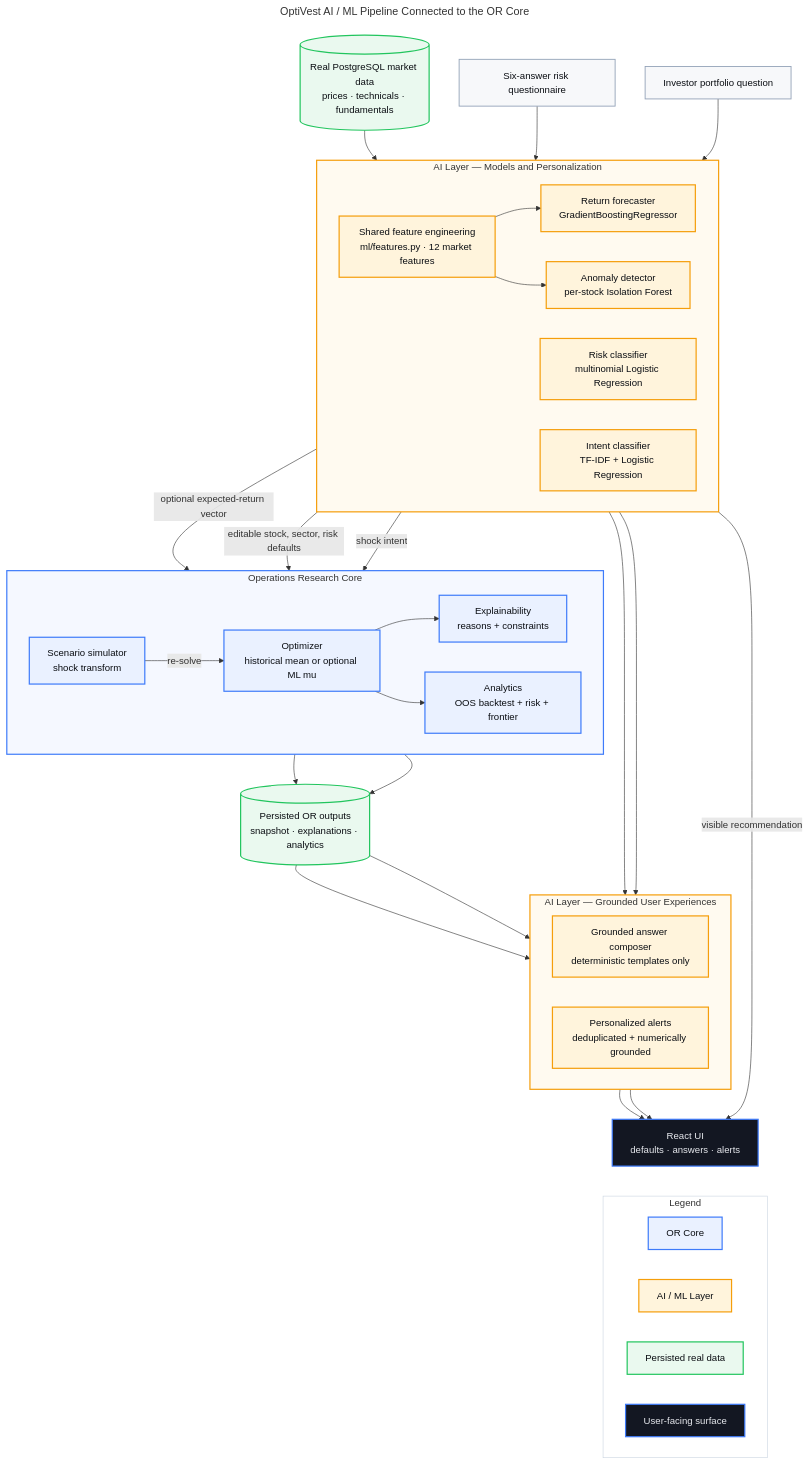
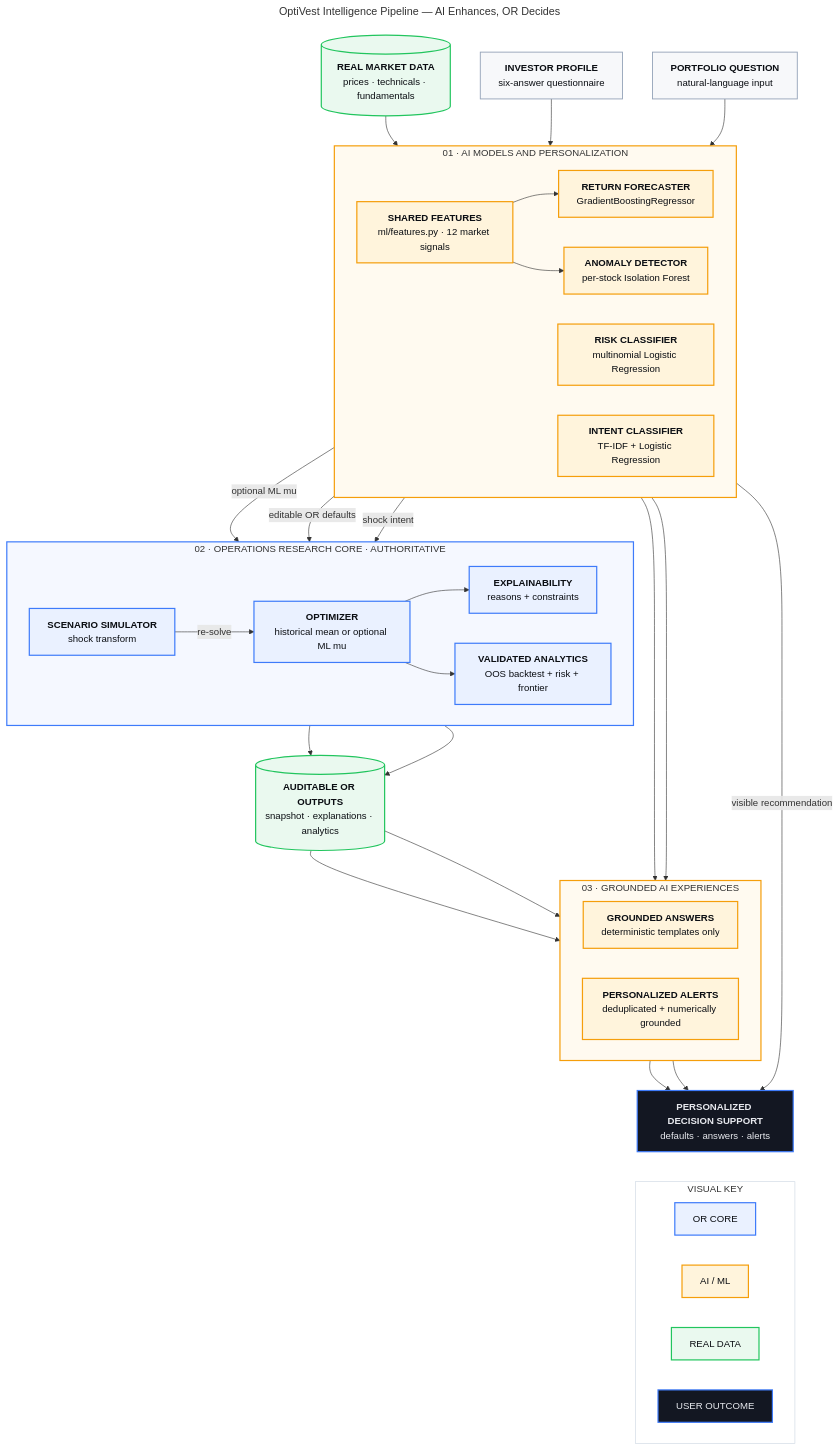
The diagram in docs/diagrams/src/ai-ml-pipeline.mmd (ParthrChandurkar/quantitative-portfolio-optimization-dss), drawn with Mermaid before and after one commit. The commit also changed 8 other files, not shown here.

Commit message:
docs: enhance architecture diagram visuals

```diff
--- a/docs/diagrams/src/ai-ml-pipeline.mmd
+++ b/docs/diagrams/src/ai-ml-pipeline.mmd
@@ -1,76 +1,76 @@
 ---
-title: OptiVest AI / ML Pipeline Connected to the OR Core
+title: OptiVest Intelligence Pipeline — AI Enhances, OR Decides
 ---
 flowchart TB
-    DB[("Real PostgreSQL market data<br/>prices · technicals · fundamentals")]:::data
-    ANSWERS["Six-answer risk questionnaire"]:::external
-    QUESTION["Investor portfolio question"]:::external
+    DB[("<b>REAL MARKET DATA</b><br/>prices · technicals · fundamentals")]:::data
+    ANSWERS["<b>INVESTOR PROFILE</b><br/>six-answer questionnaire"]:::external
+    QUESTION["<b>PORTFOLIO QUESTION</b><br/>natural-language input"]:::external
 
-    subgraph AIMODELS["AI Layer — Models and Personalization"]
+    subgraph AIMODELS["01 · AI MODELS AND PERSONALIZATION"]
         direction LR
-        FEATURES["Shared feature engineering<br/>ml/features.py · 12 market features"]:::ai
-        FORECAST["Return forecaster<br/>GradientBoostingRegressor"]:::ai
-        RISK["Risk classifier<br/>multinomial Logistic Regression"]:::ai
-        INTENT["Intent classifier<br/>TF-IDF + Logistic Regression"]:::ai
-        ANOMALY["Anomaly detector<br/>per-stock Isolation Forest"]:::ai
+        FEATURES["<b>SHARED FEATURES</b><br/>ml/features.py · 12 market signals"]:::ai
+        FORECAST["<b>RETURN FORECASTER</b><br/>GradientBoostingRegressor"]:::ai
+        RISK["<b>RISK CLASSIFIER</b><br/>multinomial Logistic Regression"]:::ai
+        INTENT["<b>INTENT CLASSIFIER</b><br/>TF-IDF + Logistic Regression"]:::ai
+        ANOMALY["<b>ANOMALY DETECTOR</b><br/>per-stock Isolation Forest"]:::ai
     end
 
-    subgraph ORCORE["Operations Research Core"]
+    subgraph ORCORE["02 · OPERATIONS RESEARCH CORE · AUTHORITATIVE"]
         direction LR
-        SCENARIOS["Scenario simulator<br/>shock transform"]:::orcore
-        OPT["Optimizer<br/>historical mean or optional ML mu"]:::orcore
-        EXPLAIN["Explainability<br/>reasons + constraints"]:::orcore
-        ANALYTICS["Analytics<br/>OOS backtest + risk + frontier"]:::orcore
+        SCENARIOS["<b>SCENARIO SIMULATOR</b><br/>shock transform"]:::orcore
+        OPT["<b>OPTIMIZER</b><br/>historical mean or optional ML mu"]:::orcore
+        EXPLAIN["<b>EXPLAINABILITY</b><br/>reasons + constraints"]:::orcore
+        ANALYTICS["<b>VALIDATED ANALYTICS</b><br/>OOS backtest + risk + frontier"]:::orcore
 
         SCENARIOS -->|re-solve| OPT
         OPT --> EXPLAIN
         OPT --> ANALYTICS
     end
 
-    SNAPSHOT[("Persisted OR outputs<br/>snapshot · explanations · analytics")]:::data
+    SNAPSHOT[("<b>AUDITABLE OR OUTPUTS</b><br/>snapshot · explanations · analytics")]:::data
 
-    subgraph AIEXPERIENCES["AI Layer — Grounded User Experiences"]
+    subgraph AIEXPERIENCES["03 · GROUNDED AI EXPERIENCES"]
         direction LR
-        ASSISTANT["Grounded answer composer<br/>deterministic templates only"]:::ai
-        ALERTS["Personalized alerts<br/>deduplicated + numerically grounded"]:::ai
+        ASSISTANT["<b>GROUNDED ANSWERS</b><br/>deterministic templates only"]:::ai
+        ALERTS["<b>PERSONALIZED ALERTS</b><br/>deduplicated + numerically grounded"]:::ai
     end
 
-    UI["React UI<br/>defaults · answers · alerts"]:::frontend
+    UI["<b>PERSONALIZED DECISION SUPPORT</b><br/>defaults · answers · alerts"]:::frontend
 
     DB --> FEATURES
     FEATURES --> FORECAST
     FEATURES --> ANOMALY
     ANSWERS --> RISK
     QUESTION --> INTENT
-    FORECAST -->|optional expected-return vector| OPT
-    RISK -->|editable stock, sector, risk defaults| OPT
+    FORECAST -->|optional ML mu| OPT
+    RISK -->|editable OR defaults| OPT
     INTENT -->|shock intent| SCENARIOS
     EXPLAIN --> SNAPSHOT
     ANALYTICS --> SNAPSHOT
     SNAPSHOT --> ASSISTANT
     INTENT --> ASSISTANT
     ANOMALY --> ALERTS
     SNAPSHOT --> ALERTS
     RISK -->|visible recommendation| UI
     ASSISTANT --> UI
     ALERTS --> UI
 
-    subgraph KEY["Legend"]
+    subgraph KEY["VISUAL KEY"]
         direction LR
-        KOR["OR Core"]:::orcore
-        KAI["AI / ML Layer"]:::ai
-        KDATA["Persisted real data"]:::data
-        KUI["User-facing surface"]:::frontend
+        KOR["OR CORE"]:::orcore
+        KAI["AI / ML"]:::ai
+        KDATA["REAL DATA"]:::data
+        KUI["USER OUTCOME"]:::frontend
     end
 
     UI ~~~ KOR
 
     classDef orcore fill:#EAF1FF,color:#0B0E13,stroke:#3E7BFA,stroke-width:2px;
     classDef ai fill:#FFF4DC,color:#0B0E13,stroke:#F59E0B,stroke-width:2px;
     classDef data fill:#EAF9EF,color:#0B0E13,stroke:#22C55E,stroke-width:2px;
     classDef frontend fill:#131722,color:#E7E9EE,stroke:#3E7BFA,stroke-width:2px;
     classDef external fill:#F7F8FA,color:#0B0E13,stroke:#94A3B8,stroke-width:1.5px;
     style ORCORE fill:#F5F8FF,stroke:#3E7BFA,stroke-width:2px
     style AIMODELS fill:#FFFAF0,stroke:#F59E0B,stroke-width:2px
     style AIEXPERIENCES fill:#FFFAF0,stroke:#F59E0B,stroke-width:2px
     style KEY fill:#FFFFFF,stroke:#CBD5E1,stroke-width:1px
```
